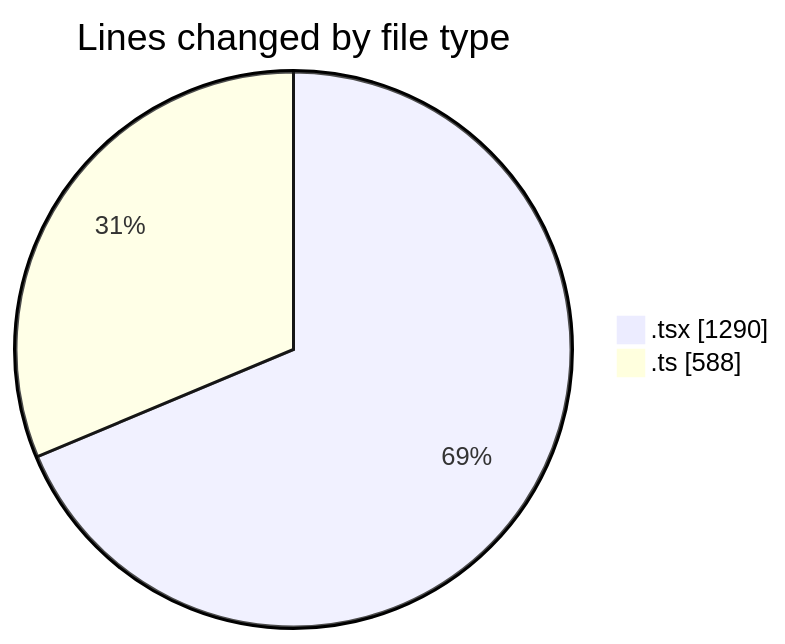
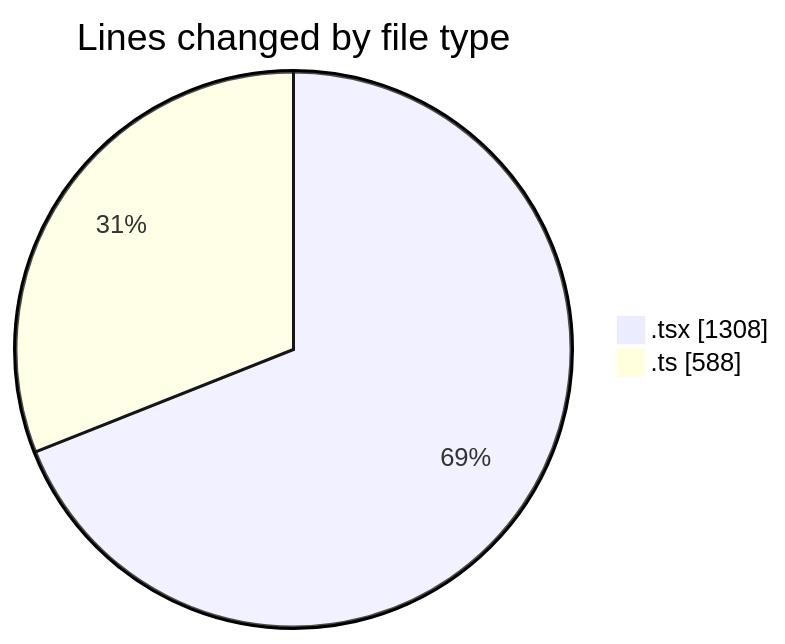
The first of 2 diagrams in 2026-04-17/airfeed-analytics-dashboard/README.md (nxtqubesakshisongat/code-tracking), drawn with Mermaid before and after one commit. The commit also changed other lines of this file and 1 other file, not shown here.

````diff
--- a/2026-04-17/airfeed-analytics-dashboard/README.md
+++ b/2026-04-17/airfeed-analytics-dashboard/README.md
@@ -29,6 +29,6 @@
 ```mermaid
 pie showData
 title Lines changed by file type
-".tsx" : 1290
+".tsx" : 1308
 ".ts" : 588
 ```
````
